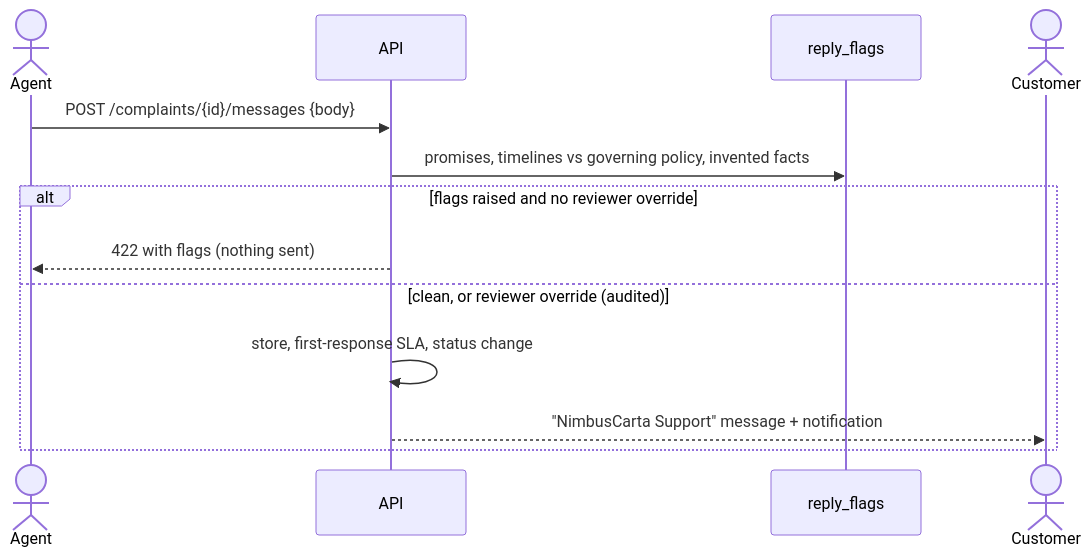
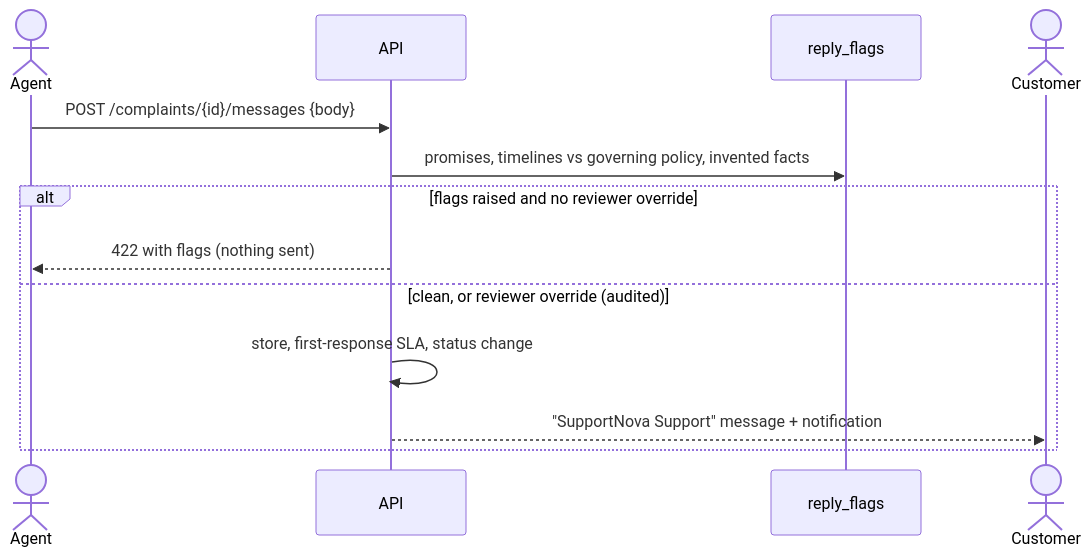
One commit to codewithansha/Techwiz7-Generative_AI changed the seventh of 10 diagrams in documentation/architecture.md. Above: the diagram before and after it, drawn with Mermaid. The commit also changed other lines of this file and 3910 other files, not shown here.

Commit message:
feat: Updated SupportNova project

````diff
--- a/documentation/architecture.md
+++ b/documentation/architecture.md
@@ -198,15 +203,15 @@
 ```mermaid
 sequenceDiagram
   actor Agent
   participant API
   participant Guard as reply_flags
   actor Customer
   Agent->>API: POST /complaints/{id}/messages {body}
   API->>Guard: promises, timelines vs governing policy, invented facts
   alt flags raised and no reviewer override
     API-->>Agent: 422 with flags (nothing sent)
   else clean, or reviewer override (audited)
     API->>API: store, first-response SLA, status change
-    API-->>Customer: "NimbusCarta Support" message + notification
+    API-->>Customer: "SupportNova Support" message + notification
   end
 ```
````
